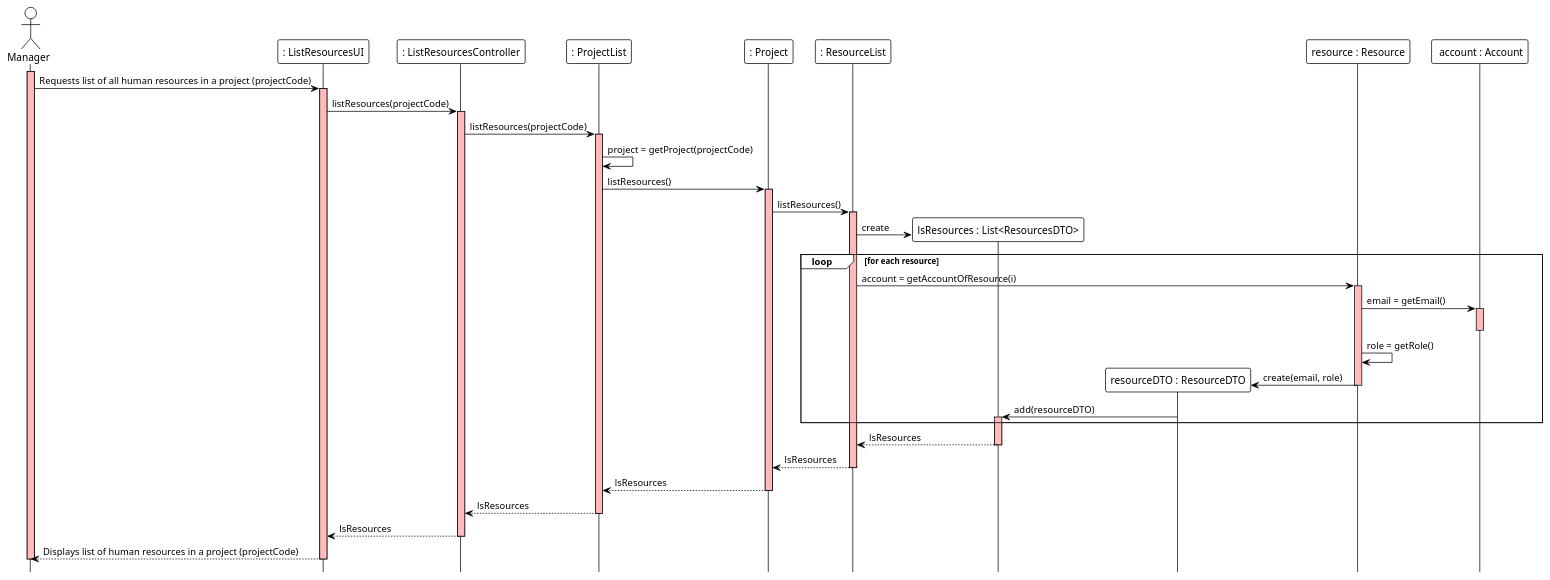
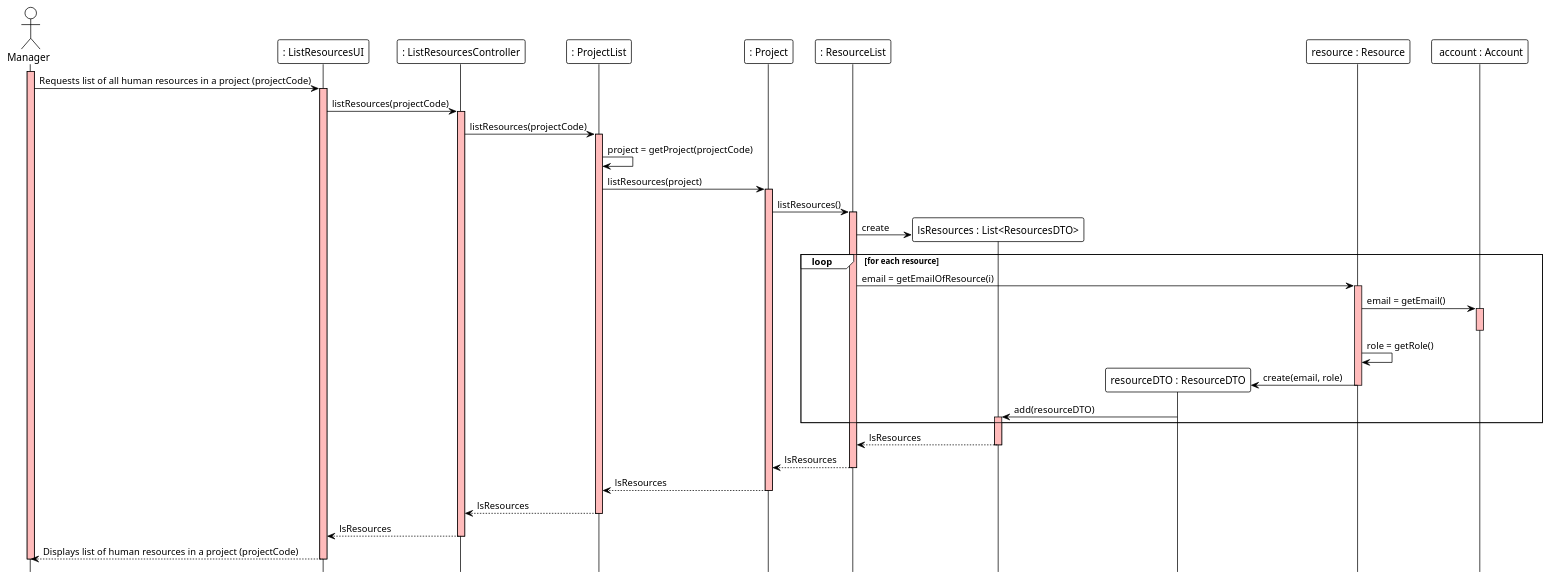
The diagram in docs/modelling_design/user_stories/us014/US014_ListHumanResouresOfProjectSD.puml (ivo-menezes/project_g3), drawn with PlantUML before and after one commit. The commit also changed 1 other file, not shown here.

```diff
--- a/docs/modelling_design/user_stories/us014/US014_ListHumanResouresOfProjectSD.puml
+++ b/docs/modelling_design/user_stories/us014/US014_ListHumanResouresOfProjectSD.puml
@@ -1,62 +1,62 @@
 @startuml
 !theme plain
 hide footbox
 
 actor Manager as Manager
 participant ": ListResourcesUI" as UI
 participant ": ListResourcesController" as Controller
 participant ": ProjectList" as ProjectList
 participant ": Project" as project
 participant ": ResourceList" as ResourceList
 participant "lsResources : List<ResourcesDTO>" as DTOList
 participant "resourceDTO : ResourceDTO" as DTO
 participant "resource : Resource" as Resource
 participant " account : Account" as account
 
 activate Manager #FFBBBB
 Manager ->  UI: Requests list of all human resources in a project (projectCode)
 
 activate UI #FFBBBB
 UI -> Controller: listResources(projectCode)
 
 activate Controller #FFBBBB
 Controller -> ProjectList: listResources(projectCode)
 
 activate ProjectList #FFBBBB
 ProjectList -> ProjectList : project = getProject(projectCode)
-ProjectList -> project : listResources()
+ProjectList -> project : listResources(project)
 activate project #FFBBBB
 project -> ResourceList : listResources()
 activate ResourceList #FFBBBB
 ResourceList -> DTOList ** : create
 
 loop for each resource
-ResourceList -> Resource : account = getAccountOfResource(i)
+ResourceList -> Resource : email = getEmailOfResource(i)
 activate Resource #FFBBBB
 Resource -> account : email = getEmail()
 activate account #FFBBBB
 deactivate account
 Resource -> Resource : role = getRole()
 Resource -> DTO ** : create(email, role)
 deactivate Resource
 
 DTO -> DTOList : add(resourceDTO)
 activate DTOList #FFBBBB
 
 end
 
 DTOList --> ResourceList: lsResources
 deactivate DTOList
 ResourceList --> project : lsResources
 deactivate ResourceList
 project --> ProjectList : lsResources
 deactivate project
 ProjectList --> Controller : lsResources
 deactivate ProjectList
 Controller --> UI : lsResources
 deactivate Controller
 
 UI --> Manager: Displays list of human resources in a project (projectCode)
 deactivate UI
 deactivate Manager #FFBBBB
 @enduml
```
